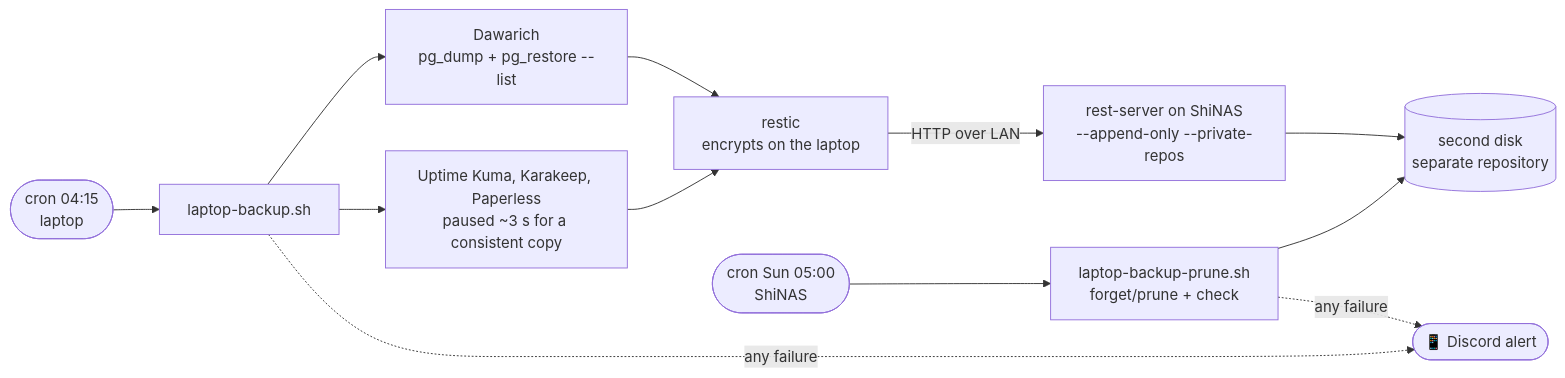
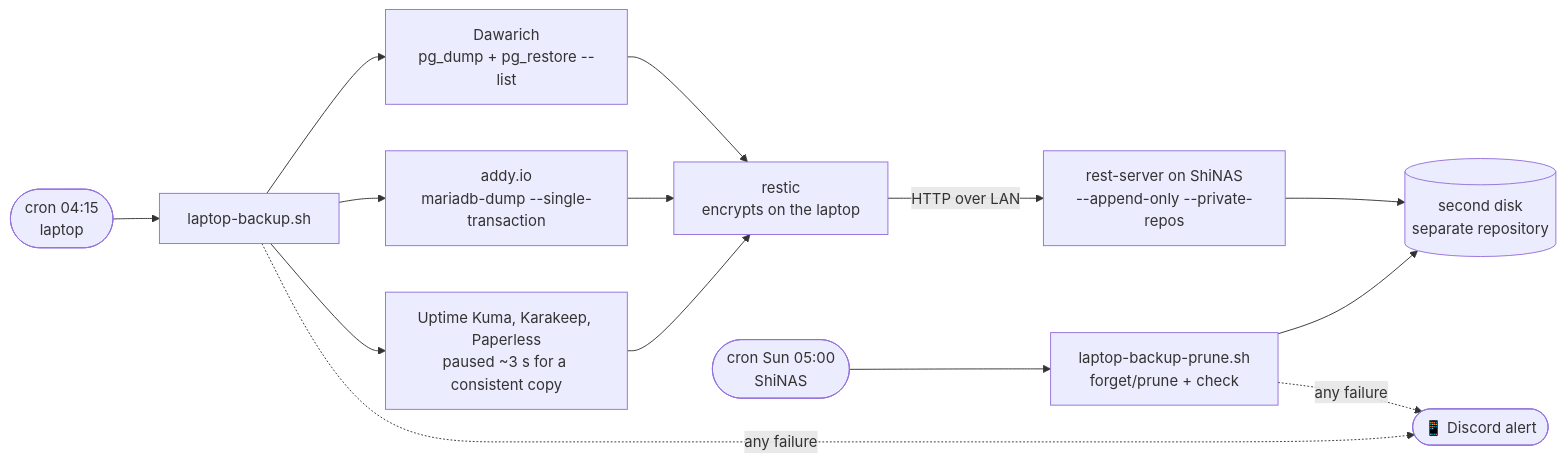
The second of 2 diagrams in docs/infrastructure/backups.md (Shineori/homelab), drawn with Mermaid before and after one commit. The commit also changed other lines of this file and 10 other files, not shown here.

````diff
--- a/docs/infrastructure/backups.md
+++ b/docs/infrastructure/backups.md
@@ -154,14 +154,16 @@
 ```mermaid
 flowchart LR
     cron([cron 04:15<br/>laptop]) --> s[laptop-backup.sh]
     s --> d[Dawarich<br/>pg_dump + pg_restore --list]
+    s --> a[addy.io<br/>mariadb-dump --single-transaction]
     s --> p[Uptime Kuma, Karakeep, Paperless<br/>paused ~3 s for a consistent copy]
     d --> r[restic<br/>encrypts on the laptop]
+    a --> r
     p --> r
     r -- HTTP over LAN --> rs[rest-server on ShiNAS<br/>--append-only --private-repos]
     rs --> repo[(second disk<br/>separate repository)]
     nas([cron Sun 05:00<br/>ShiNAS]) --> pr[laptop-backup-prune.sh<br/>forget/prune + check]
     pr --> repo
     s -. any failure .-> dc([📱 Discord alert])
     pr -. any failure .-> dc
 ```
````
